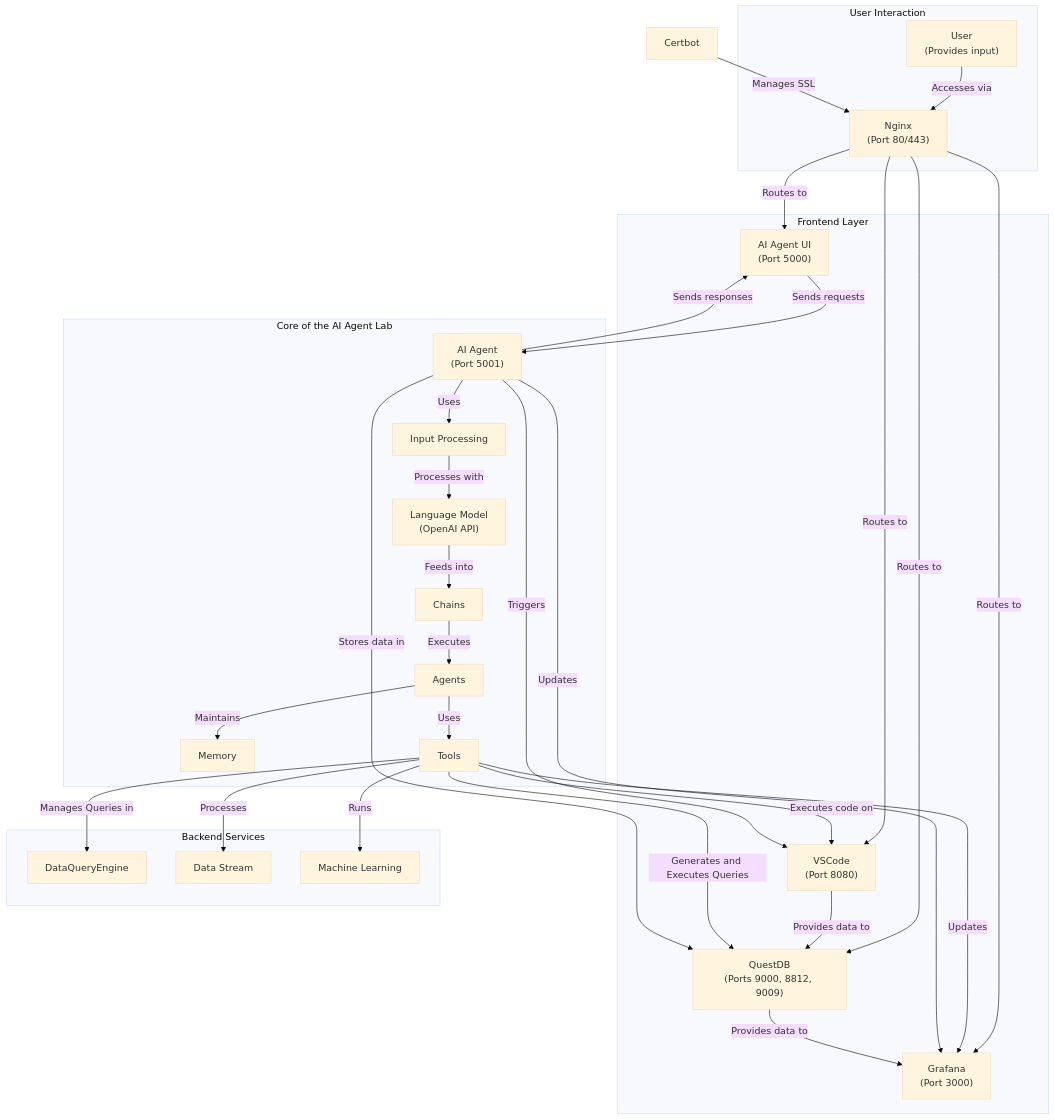
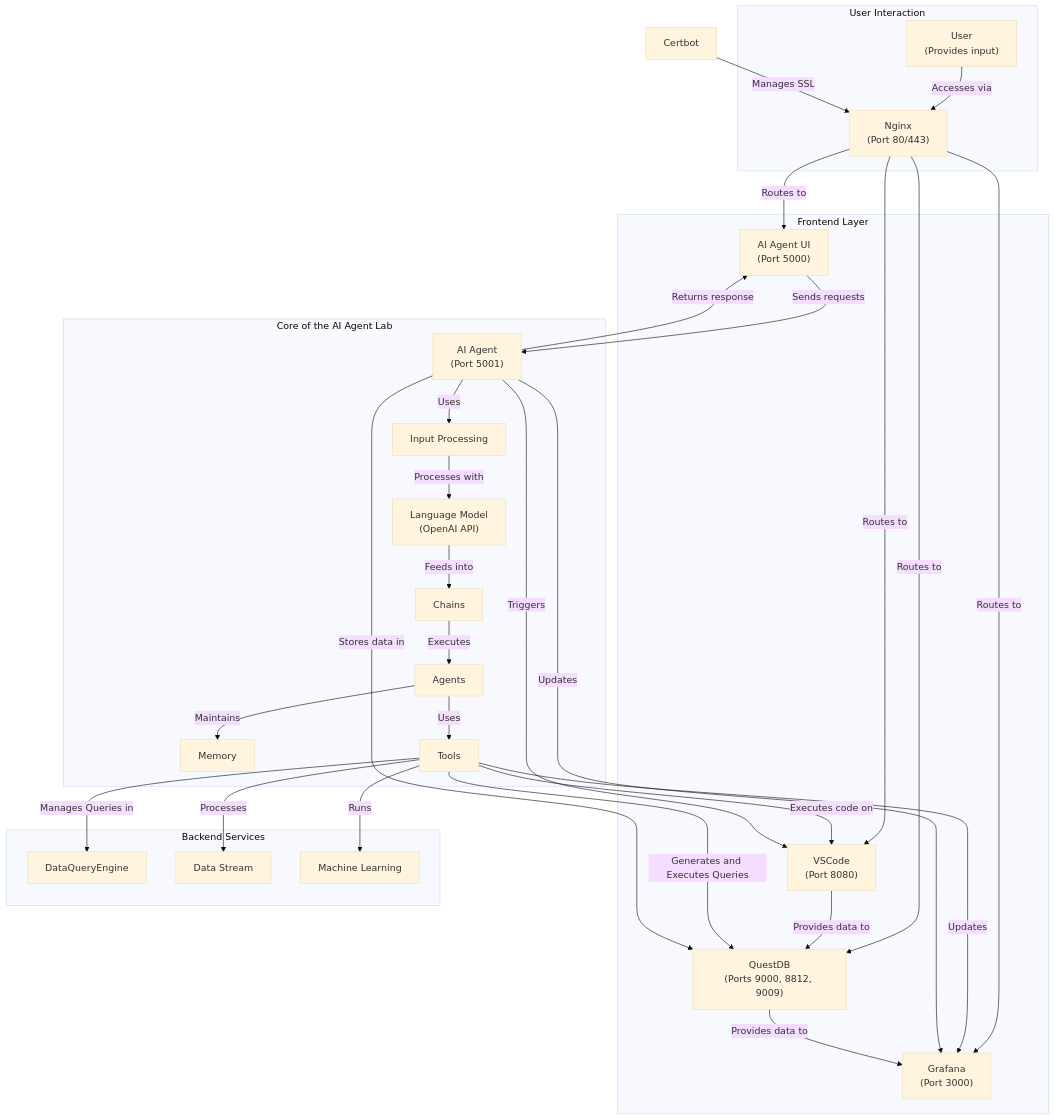
One commit to quantiota/AI-Agent-Lab changed the second of 6 diagrams in docs/architecture/langchain-diagram.md. Above: the diagram before and after it, drawn with Mermaid.

````diff
--- a/docs/architecture/langchain-diagram.md
+++ b/docs/architecture/langchain-diagram.md
@@ -60,54 +60,54 @@
 ```mermaid
 ---
 config:
   look: classic
   theme: base
   layout: dagre
 ---
 
 
 graph TD
   %% User and Frontend Layer
   subgraph User_Interaction["User Interaction"]
     User["User<br>(Provides input)"] -->|Accesses via| Nginx["Nginx<br>(Port 80/443)"]
   end
 
   subgraph Frontend["Frontend Layer"]
     Nginx -->|Routes to| AgentUI["AI Agent UI<br>(Port 5000)"]
     Nginx -->|Routes to| VSCode["VSCode<br>(Port 8080)"]
     Nginx -->|Routes to| Grafana["Grafana<br>(Port 3000)"]
     Nginx -->|Routes to| QuestDB["QuestDB<br>(Ports 9000, 8812, 9009)"]
   end
 
   %% AI & LangChain Workflow
   subgraph AI_Workflow["Core of the AI Agent Lab"]
     AgentUI -->|Sends requests| AIAgent["AI Agent<br>(Port 5001)"]
-    AIAgent -->|Sends responses| AgentUI
+    AIAgent -->|Returns response| AgentUI
     AIAgent -->|Uses| InputProcessing["Input Processing"]
     InputProcessing -->|Processes with| LLM["Language Model<br>(OpenAI API)"]
     LLM -->|Feeds into| Chains["Chains"]
     Chains -->|Executes| Agents["Agents"]
     Agents -->|Maintains| Memory["Memory"]
     Agents -->|Uses| Tools["Tools"]
   end
 
   %% Backend Services
   subgraph Backend["Backend Services"]
   
     Tools -->|Executes code on| VSCode
     VSCode -->|Provides data to| QuestDB
     Tools -->|Generates and Executes Queries| QuestDB
     Tools -->|Updates| Grafana
     Tools -->|Manages Queries in| DataQueryEngine["DataQueryEngine"]
     Tools -->|Processes| DataStream["Data Stream"]
     Tools -->|Runs| ML["Machine Learning"]
   end
 
   %% Additional Interactions and Security
   AIAgent -->|Stores data in| QuestDB
   AIAgent -->|Updates| Grafana
   AIAgent -->|Triggers| VSCode
   QuestDB -->|Provides data to| Grafana
 
   Certbot["Certbot"] -->|Manages SSL| Nginx
 ```
````
